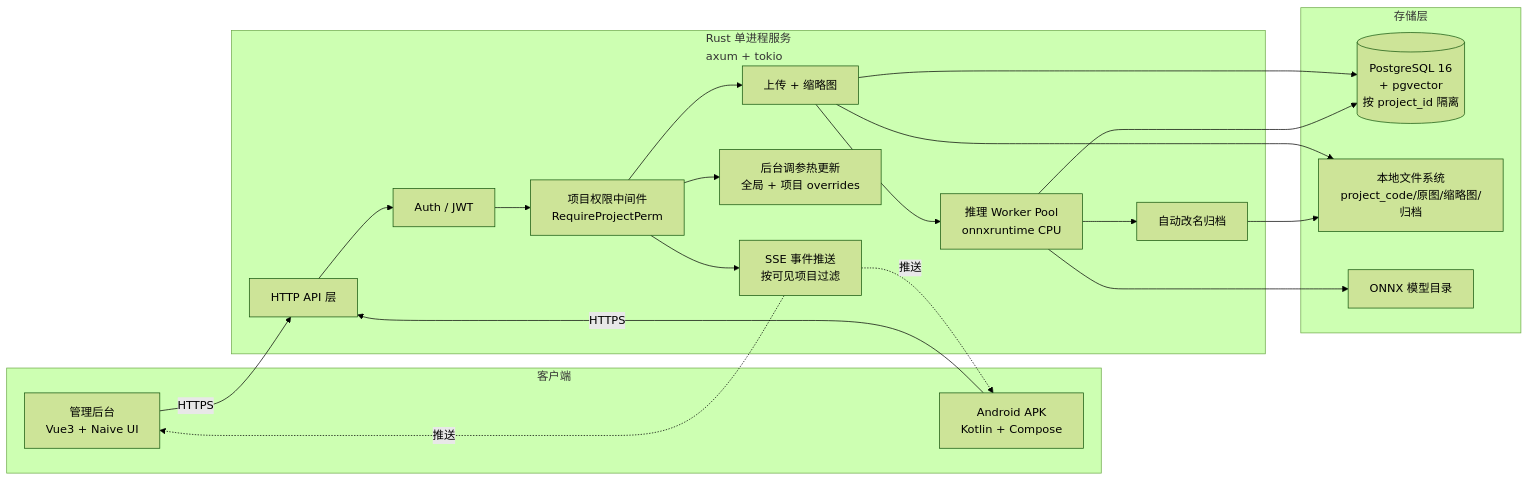
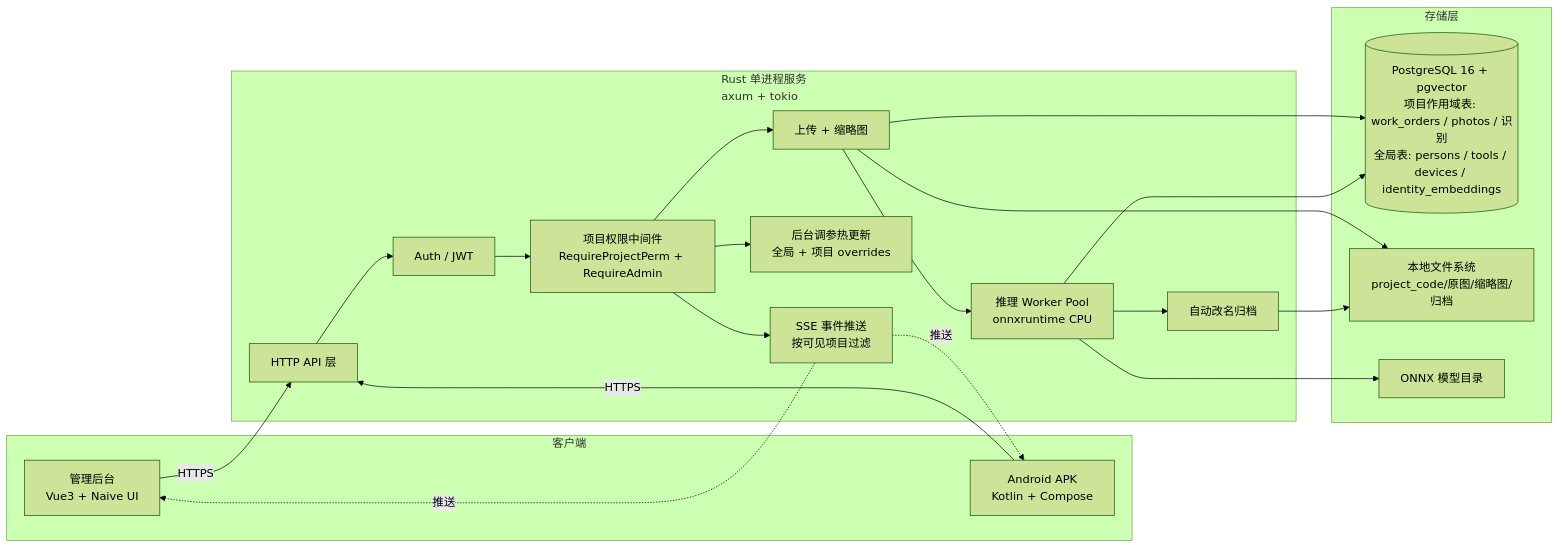
The first of 4 diagrams in docs/architecture.md (KingzZovo/F1-PHOTO), drawn with Mermaid (forest theme) before and after one commit. The commit also changed other lines of this file and 6 other files, not shown here.

First line of the commit message:
refactor(docs): project = access control only; persons/tools/devices + embeddings global

````diff
--- a/docs/architecture.md
+++ b/docs/architecture.md
@@ -9,40 +9,40 @@
 ```mermaid
 flowchart LR
     subgraph Clients[客户端]
         Web[管理后台\nVue3 + Naive UI]
         APK[Android APK\nKotlin + Compose]
     end
 
     subgraph Server[Rust 单进程服务\naxum + tokio]
         API[HTTP API 层]
         Auth[Auth / JWT]
-        Perm[项目权限中间件\nRequireProjectPerm]
+        Perm[项目权限中间件\nRequireProjectPerm + RequireAdmin]
         Upload[上传 + 缩略图]
         Worker[推理 Worker Pool\nonnxruntime CPU]
         Archive[自动改名归档]
         Settings[后台调参热更新\n全局 + 项目 overrides]
         SSE[SSE 事件推送\n按可见项目过滤]
     end
 
     subgraph Storage[存储层]
-        PG[(PostgreSQL 16\n+ pgvector\n按 project_id 隔离)]
+        PG[(PostgreSQL 16 + pgvector\n项目作用域表: work_orders / photos / 识别\n全局表: persons / tools / devices / identity_embeddings)]
         FS[本地文件系统\nproject_code/原图/缩略图/归档]
         Models[ONNX 模型目录]
     end
 
     Web -- HTTPS --> API
     APK -- HTTPS --> API
     API --> Auth --> Perm
     Perm --> Upload
     Perm --> Settings
     Perm --> SSE
     Upload --> FS
     Upload --> PG
     Upload --> Worker
     Worker --> Models
     Worker --> PG
     Worker --> Archive
     Archive --> FS
     SSE -. 推送 .-> Web
     SSE -. 推送 .-> APK
 ```
````
